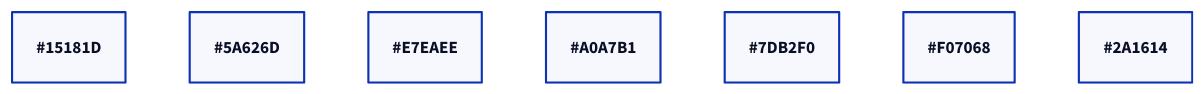
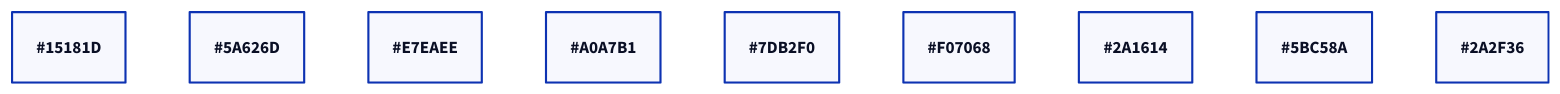
The diagram in docs/diagrams/theme-dark.d2 (sohan-bhat/OpenHAL), drawn with D2 before and after one commit. The commit also changed 11 other files, not shown here.

First line of the commit message:
feat(diagrams): redraw the architecture and spec diagrams in the house style

```diff
--- a/docs/diagrams/theme-dark.d2
+++ b/docs/diagrams/theme-dark.d2
@@ -1,7 +1,9 @@
 surface: "#15181D"
 line: "#5A626D"
 text: "#E7EAEE"
 text2: "#A0A7B1"
 accent: "#7DB2F0"
 blocked: "#F07068"
 blocked-fill: "#2A1614"
+ok: "#5BC58A"
+border: "#2A2F36"
```
